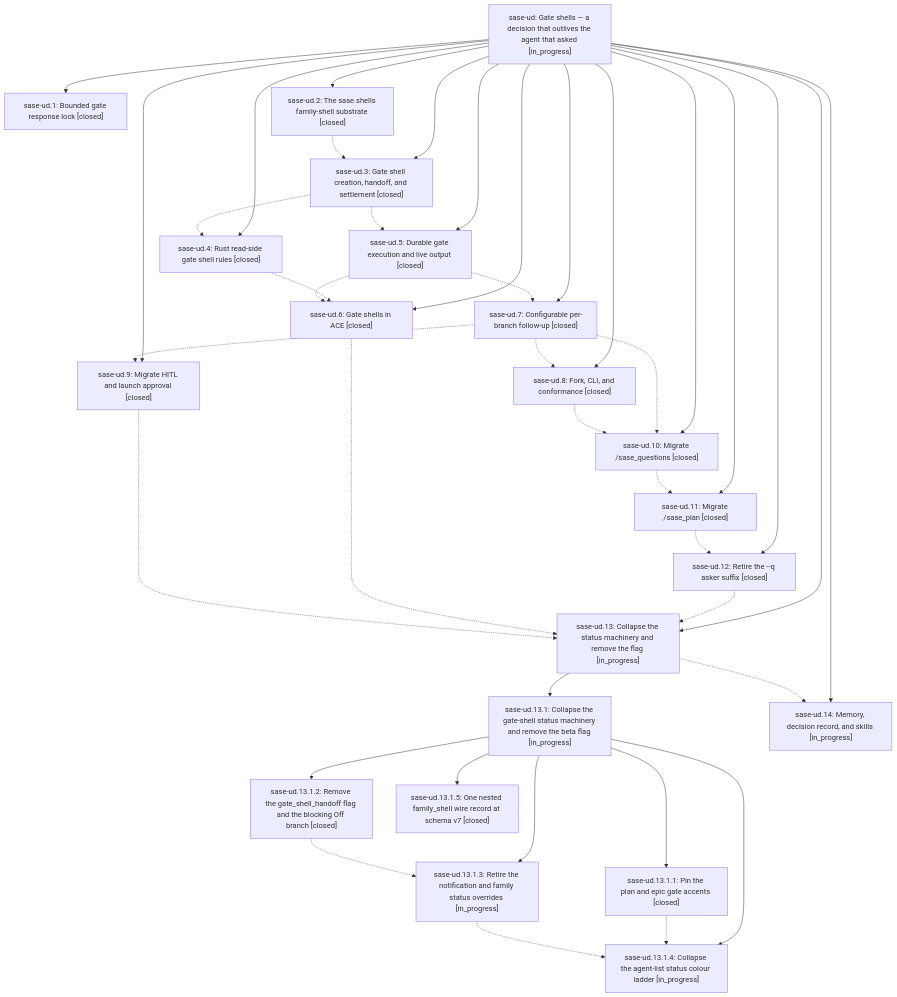
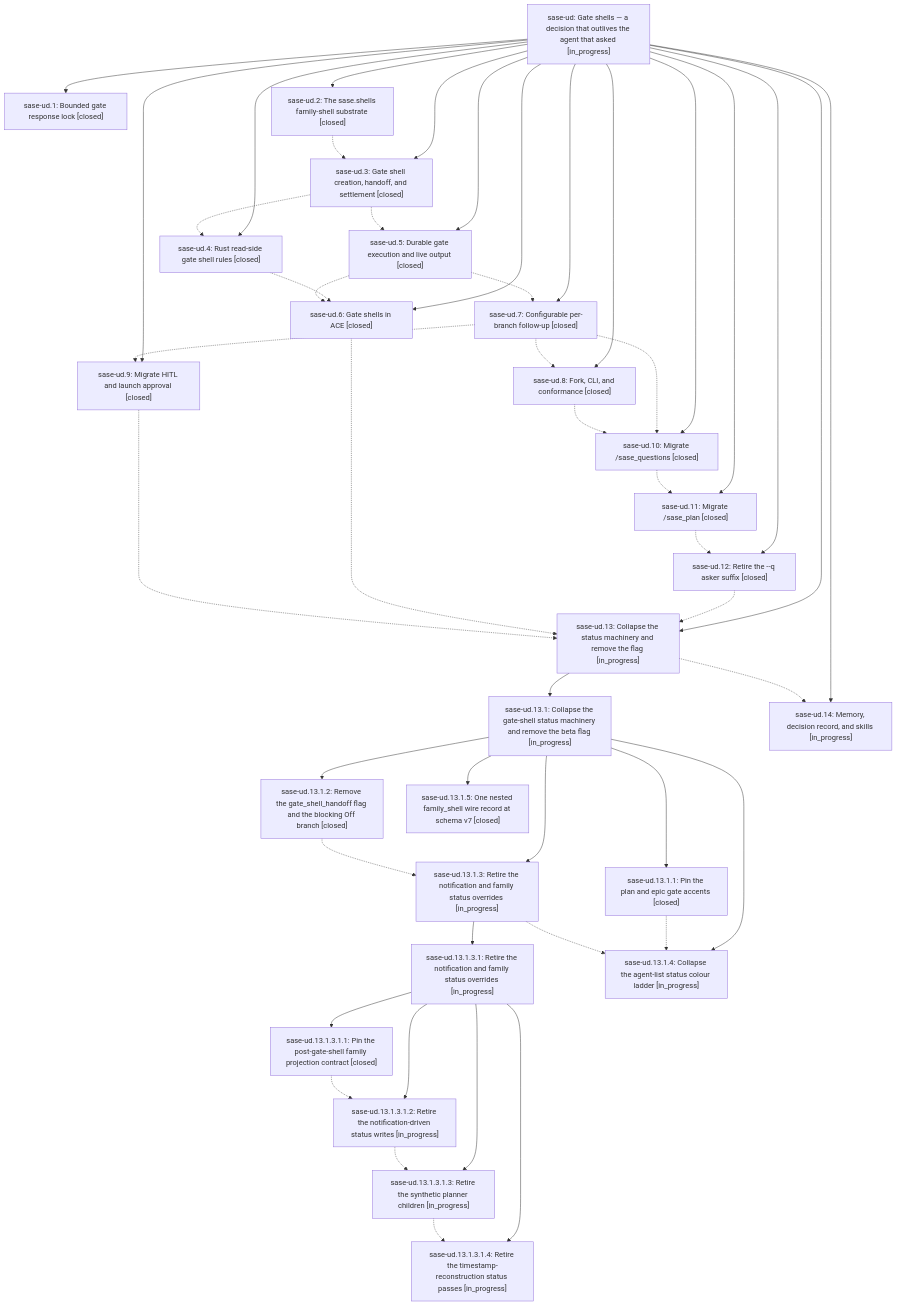
Before and after one commit to sase-org/sase--beads: the diagram in pages/sase-ud/README.md, drawn with Mermaid. The commit also changed other lines of this file and 7 other files, not shown here.

````diff
--- a/pages/sase-ud/README.md
+++ b/pages/sase-ud/README.md
@@ -47,63 +47,76 @@
 ```mermaid
 flowchart TD
     n0["sase-ud: Gate shells — a decision that outlives the agent that asked [in_progress]"]
     n1["sase-ud.1: Bounded gate response lock [closed]"]
     n2["sase-ud.10: Migrate /sase_questions [closed]"]
     n3["sase-ud.11: Migrate /sase_plan [closed]"]
     n4["sase-ud.12: Retire the --q asker suffix [closed]"]
     n5["sase-ud.13: Collapse the status machinery and remove the flag [in_progress]"]
     n6["sase-ud.13.1: Collapse the gate-shell status machinery and remove the beta flag [in_progress]"]
     n7["sase-ud.13.1.1: Pin the plan and epic gate accents [closed]"]
     n8["sase-ud.13.1.2: Remove the gate_shell_handoff flag and the blocking Off branch [closed]"]
     n9["sase-ud.13.1.3: Retire the notification and family status overrides [in_progress]"]
-    n10["sase-ud.13.1.4: Collapse the agent-list status colour ladder [in_progress]"]
-    n11["sase-ud.13.1.5: One nested family_shell wire record at schema v7 [closed]"]
-    n12["sase-ud.14: Memory, decision record, and skills [in_progress]"]
-    n13["sase-ud.2: The sase.shells family-shell substrate [closed]"]
-    n14["sase-ud.3: Gate shell creation, handoff, and settlement [closed]"]
-    n15["sase-ud.4: Rust read-side gate shell rules [closed]"]
-    n16["sase-ud.5: Durable gate execution and live output [closed]"]
-    n17["sase-ud.6: Gate shells in ACE [closed]"]
-    n18["sase-ud.7: Configurable per-branch follow-up [closed]"]
-    n19["sase-ud.8: Fork, CLI, and conformance [closed]"]
-    n20["sase-ud.9: Migrate HITL and launch approval [closed]"]
+    n10["sase-ud.13.1.3.1: Retire the notification and family status overrides [in_progress]"]
+    n11["sase-ud.13.1.3.1.1: Pin the post-gate-shell family projection contract [closed]"]
+    n12["sase-ud.13.1.3.1.2: Retire the notification-driven status writes [in_progress]"]
+    n13["sase-ud.13.1.3.1.3: Retire the synthetic planner children [in_progress]"]
+    n14["sase-ud.13.1.3.1.4: Retire the timestamp-reconstruction status passes [in_progress]"]
+    n15["sase-ud.13.1.4: Collapse the agent-list status colour ladder [in_progress]"]
+    n16["sase-ud.13.1.5: One nested family_shell wire record at schema v7 [closed]"]
+    n17["sase-ud.14: Memory, decision record, and skills [in_progress]"]
+    n18["sase-ud.2: The sase.shells family-shell substrate [closed]"]
+    n19["sase-ud.3: Gate shell creation, handoff, and settlement [closed]"]
+    n20["sase-ud.4: Rust read-side gate shell rules [closed]"]
+    n21["sase-ud.5: Durable gate execution and live output [closed]"]
+    n22["sase-ud.6: Gate shells in ACE [closed]"]
+    n23["sase-ud.7: Configurable per-branch follow-up [closed]"]
+    n24["sase-ud.8: Fork, CLI, and conformance [closed]"]
+    n25["sase-ud.9: Migrate HITL and launch approval [closed]"]
     n0 --> n1
     n0 --> n2
     n0 --> n3
     n0 --> n4
     n0 --> n5
     n5 --> n6
     n6 --> n7
     n6 --> n8
     n6 --> n9
-    n6 --> n10
-    n6 --> n11
-    n0 --> n12
-    n0 --> n13
-    n0 --> n14
-    n0 --> n15
-    n0 --> n16
+    n9 --> n10
+    n10 --> n11
+    n10 --> n12
+    n10 --> n13
+    n10 --> n14
+    n6 --> n15
+    n6 --> n16
     n0 --> n17
     n0 --> n18
     n0 --> n19
     n0 --> n20
+    n0 --> n21
+    n0 --> n22
+    n0 --> n23
+    n0 --> n24
+    n0 --> n25
     n2 -.-> n3
     n3 -.-> n4
     n4 -.-> n5
-    n5 -.-> n12
-    n7 -.-> n10
+    n5 -.-> n17
+    n7 -.-> n15
     n8 -.-> n9
-    n9 -.-> n10
+    n9 -.-> n15
+    n11 -.-> n12
+    n12 -.-> n13
     n13 -.-> n14
-    n14 -.-> n15
-    n14 -.-> n16
-    n15 -.-> n17
-    n16 -.-> n17
-    n16 -.-> n18
-    n17 -.-> n5
-    n18 -.-> n2
     n18 -.-> n19
-    n18 -.-> n20
-    n19 -.-> n2
-    n20 -.-> n5
+    n19 -.-> n20
+    n19 -.-> n21
+    n20 -.-> n22
+    n21 -.-> n22
+    n21 -.-> n23
+    n22 -.-> n5
+    n23 -.-> n2
+    n23 -.-> n24
+    n23 -.-> n25
+    n24 -.-> n2
+    n25 -.-> n5
 ```
````
